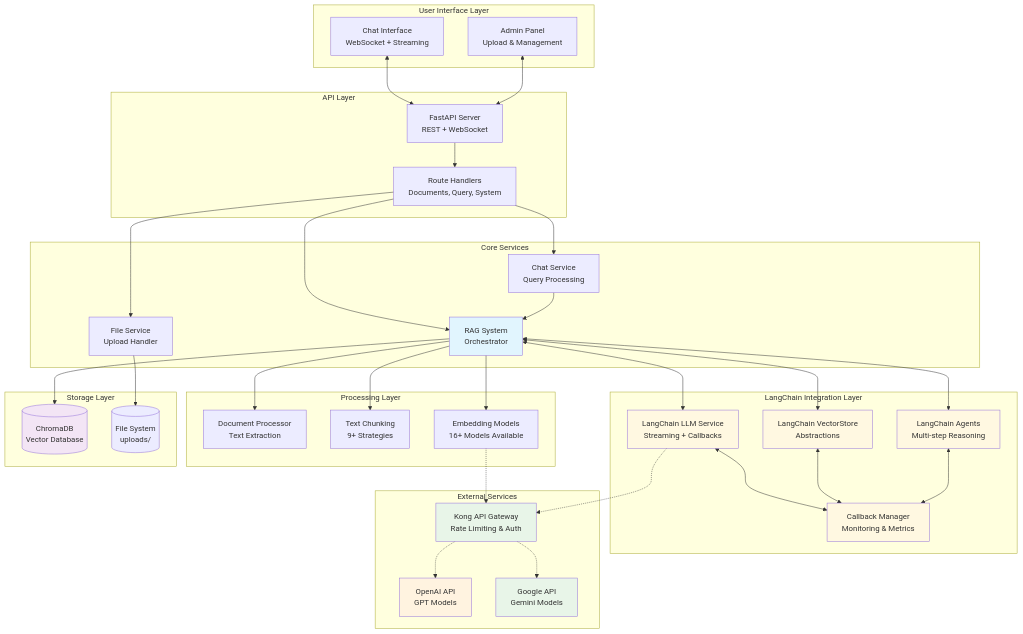
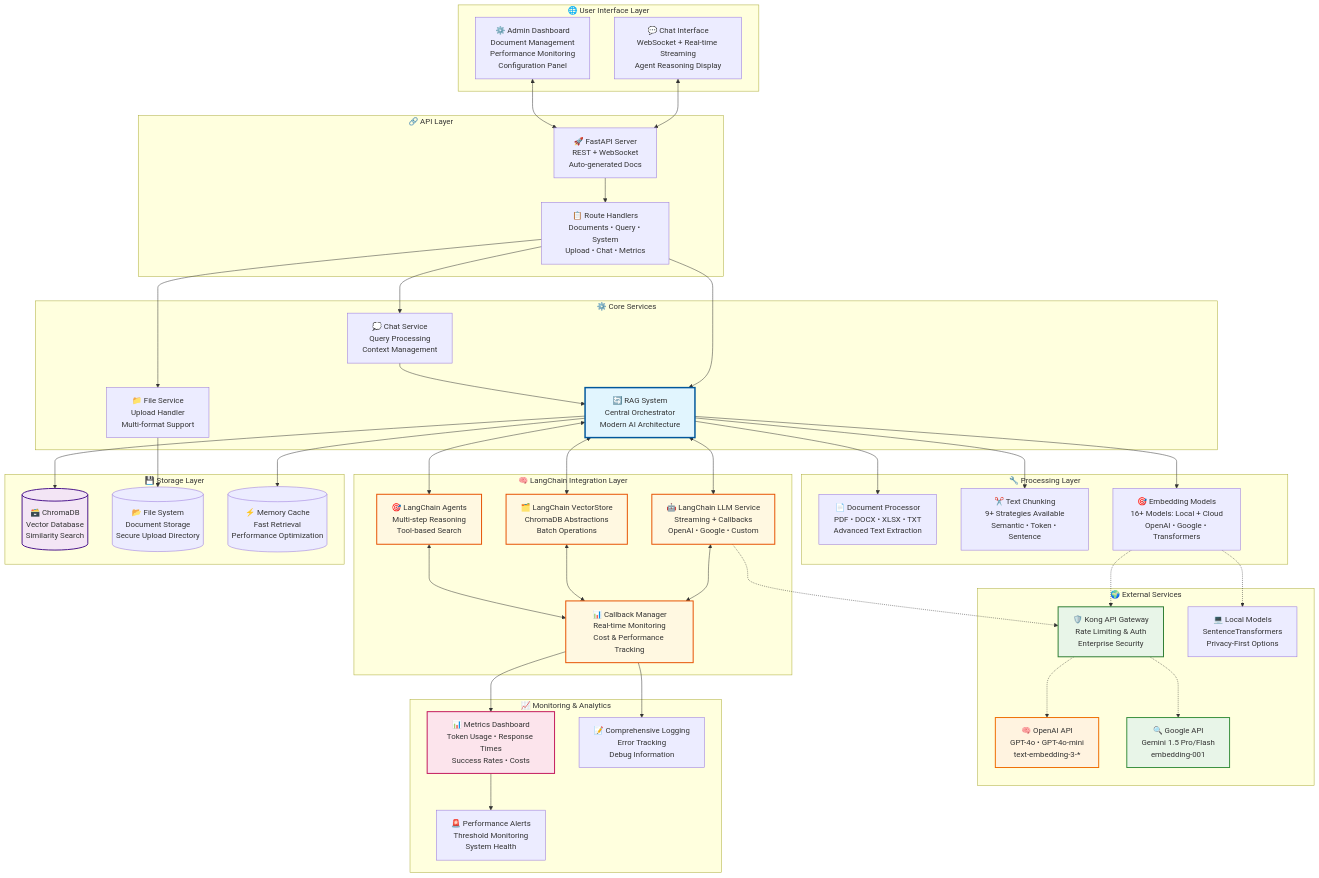
Before and after one commit to hmunjuluri05/custom-rag: the first of 4 diagrams in README.md, drawn with Mermaid. The commit also changed other lines of this file and 7 other files, not shown here.

````diff
--- a/README.md
+++ b/README.md
@@ -26,52 +126,64 @@
 ```mermaid
 graph TB
-    subgraph "User Interface Layer"
-        UI1[Chat Interface<br/>WebSocket + Streaming]
-        UI2[Admin Panel<br/>Upload & Management]
+    subgraph "🌐 User Interface Layer"
+        UI1[💬 Chat Interface<br/>WebSocket + Real-time Streaming<br/>Agent Reasoning Display]
+        UI2[⚙️ Admin Dashboard<br/>Document Management<br/>Performance Monitoring<br/>Configuration Panel]
     end
 
-    subgraph "API Layer"
-        API1[FastAPI Server<br/>REST + WebSocket]
-        API2[Route Handlers<br/>Documents, Query, System]
+    subgraph "🔗 API Layer"
+        API1[🚀 FastAPI Server<br/>REST + WebSocket<br/>Auto-generated Docs]
+        API2[📋 Route Handlers<br/>Documents • Query • System<br/>Upload • Chat • Metrics]
     end
 
-    subgraph "LangChain Integration Layer"
-        LC1[LangChain LLM Service<br/>Streaming + Callbacks]
-        LC2[LangChain VectorStore<br/>Abstractions]
-        LC3[LangChain Agents<br/>Multi-step Reasoning]
-        LC4[Callback Manager<br/>Monitoring & Metrics]
+    subgraph "🧠 LangChain Integration Layer"
+        LC1[🤖 LangChain LLM Service<br/>Streaming + Callbacks<br/>OpenAI • Google • Custom]
+        LC2[🗂️ LangChain VectorStore<br/>ChromaDB Abstractions<br/>Batch Operations]
+        LC3[🎯 LangChain Agents<br/>Multi-step Reasoning<br/>Tool-based Search]
+        LC4[📊 Callback Manager<br/>Real-time Monitoring<br/>Cost & Performance Tracking]
     end
 
-    subgraph "Core Services"
-        RAG[RAG System<br/>Orchestrator]
-        CHAT[Chat Service<br/>Query Processing]
-        FILE[File Service<br/>Upload Handler]
+    subgraph "⚙️ Core Services"
+        RAG[🔄 RAG System<br/>Central Orchestrator<br/>Modern AI Architecture]
+        CHAT[💭 Chat Service<br/>Query Processing<br/>Context Management]
+        FILE[📁 File Service<br/>Upload Handler<br/>Multi-format Support]
     end
 
-    subgraph "Processing Layer"
-        DOC[Document Processor<br/>Text Extraction]
-        CHUNK[Text Chunking<br/>9+ Strategies]
-        EMB[Embedding Models<br/>16+ Models Available]
+    subgraph "🔧 Processing Layer"
+        DOC[📄 Document Processor<br/>PDF • DOCX • XLSX • TXT<br/>Advanced Text Extraction]
+        CHUNK[✂️ Text Chunking<br/>9+ Strategies Available<br/>Semantic • Token • Sentence]
+        EMB[🎯 Embedding Models<br/>16+ Models: Local + Cloud<br/>OpenAI • Google • Transformers]
     end
 
-    subgraph "Storage Layer"
-        VDB[(ChromaDB<br/>Vector Database)]
-        FS[(File System<br/>uploads/)]
+    subgraph "💾 Storage Layer"
+        VDB[(🗃️ ChromaDB<br/>Vector Database<br/>Similarity Search)]
+        FS[(📂 File System<br/>Document Storage<br/>Secure Upload Directory)]
+        CACHE[(⚡ Memory Cache<br/>Fast Retrieval<br/>Performance Optimization)]
     end
 
-    subgraph "External Services"
-        KONG[Kong API Gateway<br/>Rate Limiting & Auth]
-        OPENAI[OpenAI API<br/>GPT Models]
-        GOOGLE[Google API<br/>Gemini Models]
+    subgraph "🌍 External Services"
+        KONG[🛡️ Kong API Gateway<br/>Rate Limiting & Auth<br/>Enterprise Security]
+        OPENAI[🧠 OpenAI API<br/>GPT-4o • GPT-4o-mini<br/>text-embedding-3-*]
+        GOOGLE[🔍 Google API<br/>Gemini 1.5 Pro/Flash<br/>embedding-001]
+        LOCAL[💻 Local Models<br/>SentenceTransformers<br/>Privacy-First Options]
     end
 
+    subgraph "📈 Monitoring & Analytics"
+        METRICS[📊 Metrics Dashboard<br/>Token Usage • Response Times<br/>Success Rates • Costs]
+        LOGS[📝 Comprehensive Logging<br/>Error Tracking<br/>Debug Information]
+        ALERTS[🚨 Performance Alerts<br/>Threshold Monitoring<br/>System Health]
+    end
+
+    %% User interactions
     UI1 <--> API1
     UI2 <--> API1
+
+    %% API routing
     API1 --> API2
     API2 --> RAG
     API2 --> CHAT
     API2 --> FILE
 
+    %% LangChain integration
     RAG <--> LC1
     RAG <--> LC2
     RAG <--> LC3
@@ -79,26 +191,38 @@
     LC2 <--> LC4
     LC3 <--> LC4
 
+    %% Core processing
     RAG --> DOC
     RAG --> CHUNK
     RAG --> EMB
     RAG --> VDB
 
+    %% File handling
     FILE --> FS
     CHAT --> RAG
 
+    %% External API calls
     LC1 -.-> KONG
     EMB -.-> KONG
+    EMB -.-> LOCAL
     KONG -.-> OPENAI
     KONG -.-> GOOGLE
 
-    style RAG fill:#e1f5fe
-    style VDB fill:#f3e5f5
-    style LC1 fill:#fff8e1
-    style LC2 fill:#fff8e1
-    style LC3 fill:#fff8e1
-    style LC4 fill:#fff8e1
-    style KONG fill:#e8f5e8
-    style OPENAI fill:#fff3e0
-    style GOOGLE fill:#e8f5e8
+    %% Monitoring connections
+    LC4 --> METRICS
+    LC4 --> LOGS
+    METRICS --> ALERTS
+    RAG --> CACHE
+
+    %% Styling for visual clarity
+    style RAG fill:#e1f5fe,stroke:#01579b,stroke-width:3px
+    style VDB fill:#f3e5f5,stroke:#4a148c,stroke-width:2px
+    style LC1 fill:#fff8e1,stroke:#e65100,stroke-width:2px
+    style LC2 fill:#fff8e1,stroke:#e65100,stroke-width:2px
+    style LC3 fill:#fff8e1,stroke:#e65100,stroke-width:2px
+    style LC4 fill:#fff8e1,stroke:#e65100,stroke-width:2px
+    style KONG fill:#e8f5e8,stroke:#2e7d32,stroke-width:2px
+    style OPENAI fill:#fff3e0,stroke:#ef6c00,stroke-width:2px
+    style GOOGLE fill:#e8f5e8,stroke:#388e3c,stroke-width:2px
+    style METRICS fill:#fce4ec,stroke:#c2185b,stroke-width:2px
 ```
````
